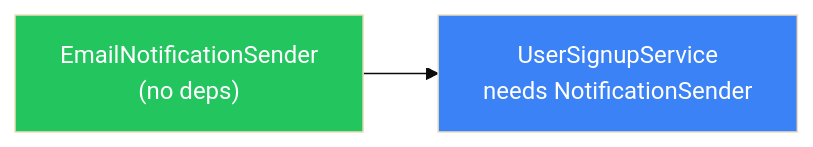
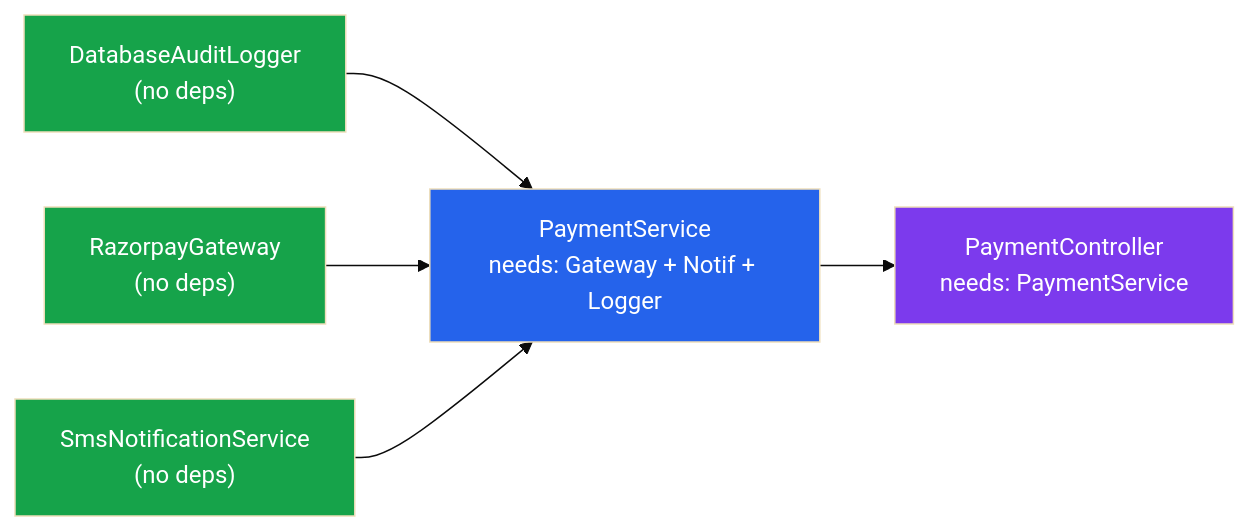
One commit to Siddesh-Pansare93/dev-notes changed the first of 3 diagrams in springboot/04-Spring-Core/01-IoC-DI-Concepts.md. Above: the diagram before and after it, drawn with Mermaid (base theme). The commit also changed other lines of this file and 248 other files, not shown here.

````diff
--- a/springboot/04-Spring-Core/01-IoC-DI-Concepts.md
+++ b/springboot/04-Spring-Core/01-IoC-DI-Concepts.md
@@ -138,6 +367,12 @@
 ```mermaid
 flowchart LR
-    A["EmailNotificationSender\n(no deps)"] --> B["UserSignupService\nneeds NotificationSender"]
-    style A fill:#22c55e,color:#fff
-    style B fill:#3b82f6,color:#fff
+    A["DatabaseAuditLogger\n(no deps)"] --> D["PaymentService\nneeds: Gateway + Notif + Logger"]
+    B["RazorpayGateway\n(no deps)"] --> D
+    C["SmsNotificationService\n(no deps)"] --> D
+    D --> E["PaymentController\nneeds: PaymentService"]
+    style A fill:#16a34a,color:#fff
+    style B fill:#16a34a,color:#fff
+    style C fill:#16a34a,color:#fff
+    style D fill:#2563eb,color:#fff
+    style E fill:#7c3aed,color:#fff
 ```
````
